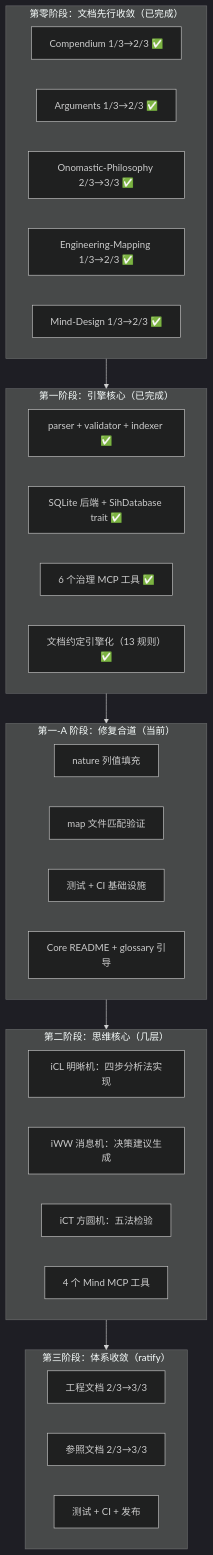
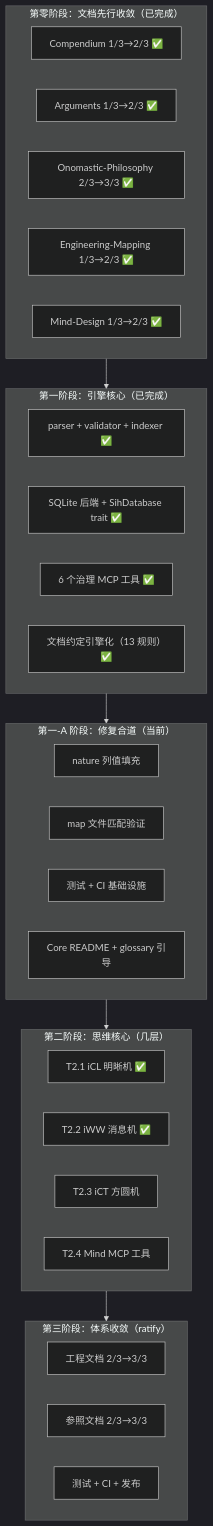
Before and after one commit to sgmov/sihankor: the second of 3 diagrams in docs/specs/engineering/SiHankor-Engine-Roadmap.sih.md, drawn with Mermaid (dark theme). The commit also changed other lines of this file and 3 other files, not shown here.

````diff
--- a/docs/specs/engineering/SiHankor-Engine-Roadmap.sih.md
+++ b/docs/specs/engineering/SiHankor-Engine-Roadmap.sih.md
@@ -136,42 +137,42 @@
 ```mermaid
 flowchart TB
     subgraph Phase0["第零阶段：文档先行收敛（已完成）"]
         D0a["Compendium 1/3→2/3 ✅"]
         D0b["Arguments 1/3→2/3 ✅"]
         D0c["Onomastic-Philosophy 2/3→3/3 ✅"]
         D0d["Engineering-Mapping 1/3→2/3 ✅"]
         D0e["Mind-Design 1/3→2/3 ✅"]
     end
 
     subgraph Phase1["第一阶段：引擎核心（已完成）"]
         A1["parser + validator + indexer ✅"]
         A2["SQLite 后端 + SihDatabase trait ✅"]
         A3["6 个治理 MCP 工具 ✅"]
         A4["文档约定引擎化（13 规则）✅"]
     end
 
     subgraph Phase1a["第一-A 阶段：修复合道（当前）"]
         A5["nature 列值填充"]
         A6["map 文件匹配验证"]
         A7["测试 + CI 基础设施"]
         A8["Core README + glossary 引导"]
     end
 
     subgraph Phase2["第二阶段：思维核心（几层）"]
-        B1["iCL 明晰机：四步分析法实现"]
-        B2["iWW 消息机：决策建议生成"]
-        B3["iCT 方圆机：五法检验"]
-        B4["4 个 Mind MCP 工具"]
+        B1["T2.1 iCL 明晰机 ✅"]
+        B2["T2.2 iWW 消息机 ✅"]
+        B3["T2.3 iCT 方圆机"]
+        B4["T2.4 Mind MCP 工具"]
     end
 
     subgraph Phase3["第三阶段：体系收敛（ratify）"]
         C1["工程文档 2/3→3/3"]
         C2["参照文档 2/3→3/3"]
         C3["测试 + CI + 发布"]
     end
 
     Phase0 --> Phase1
     Phase1 --> Phase1a
     Phase1a --> Phase2
     Phase2 --> Phase3
 ```
````
